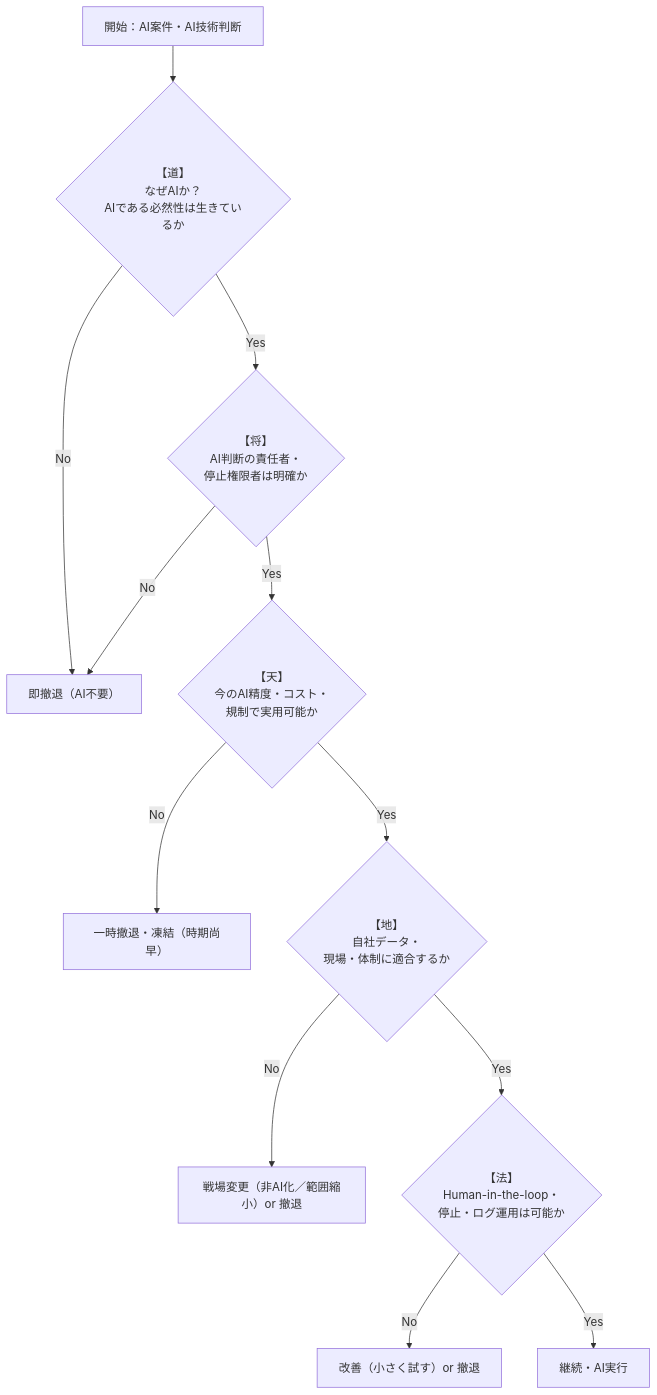
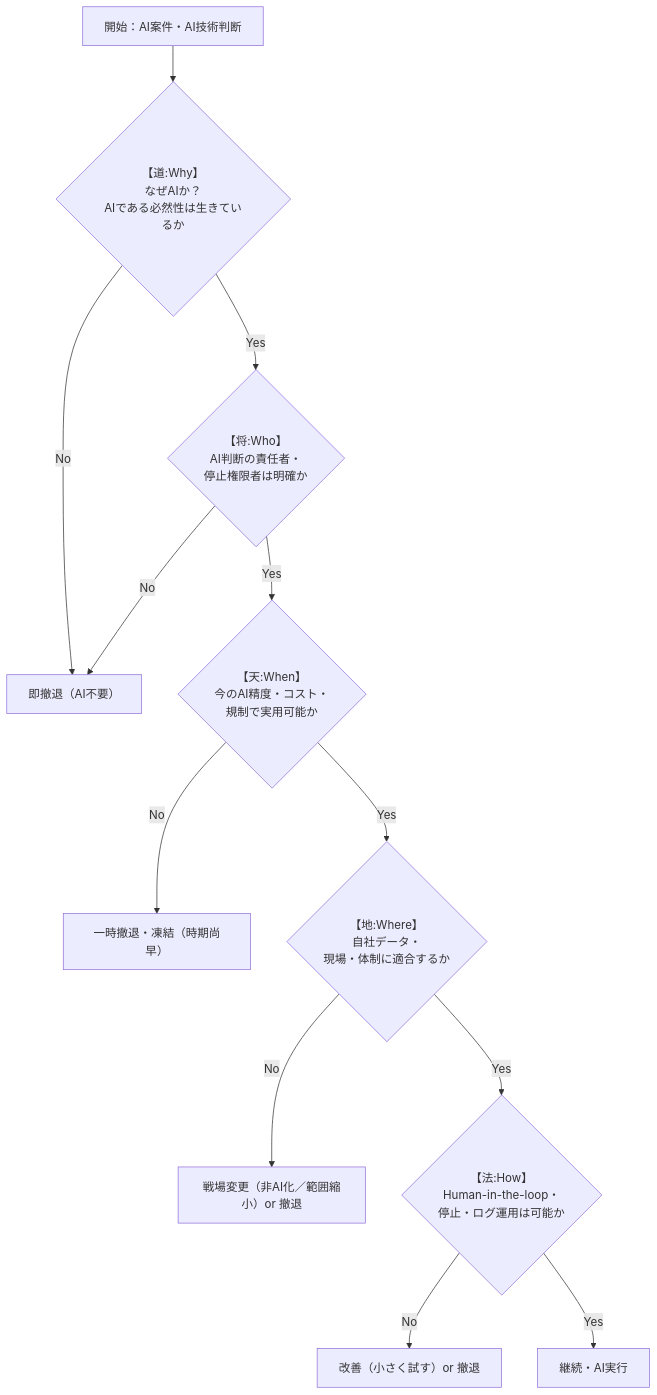
One commit to awk256/artofwar-by-sontzu changed the diagram in 030.孫子の五事を使い切るAI実装・運用・事故対応ガイド/030-010.【判断】五事で解くAI導入判定フロー図.md. Above: the diagram before and after it, drawn with Mermaid. The commit also changed other lines of this file and 85 other files, not shown here.

````diff
--- a/030.孫子の五事を使い切るAI実装・運用・事故対応ガイド/030-010.【判断】五事で解くAI導入判定フロー図.md
+++ b/030.孫子の五事を使い切るAI実装・運用・事故対応ガイド/030-010.【判断】五事で解くAI導入判定フロー図.md
@@ -6,19 +7,19 @@
 ```mermaid
 flowchart TD
-    A[開始：AI案件・AI技術判断] --> B{【道】<br/>なぜAIか？<br/>AIである必然性は生きているか}
+    A[開始：AI案件・AI技術判断] --> B{【道:Why】<br/>なぜAIか？<br/>AIである必然性は生きているか}
     B -- No --> X[即撤退（AI不要）]
-    B -- Yes --> C{【将】<br/>AI判断の責任者・<br/>停止権限者は明確か}
+    B -- Yes --> C{【将:Who】<br/>AI判断の責任者・<br/>停止権限者は明確か}
 
     C -- No --> X
-    C -- Yes --> D{【天】<br/>今のAI精度・コスト・<br/>規制で実用可能か}
+    C -- Yes --> D{【天:When】<br/>今のAI精度・コスト・<br/>規制で実用可能か}
 
     D -- No --> Y[一時撤退・凍結（時期尚早）]
-    D -- Yes --> E{【地】<br/>自社データ・<br/>現場・体制に適合するか}
+    D -- Yes --> E{【地:Where】<br/>自社データ・<br/>現場・体制に適合するか}
 
     E -- No --> Z[戦場変更（非AI化／範囲縮小）or 撤退]
-    E -- Yes --> F{【法】<br/>Human-in-the-loop・<br/>停止・ログ運用は可能か}
+    E -- Yes --> F{【法:How】<br/>Human-in-the-loop・<br/>停止・ログ運用は可能か}
 
     F -- No --> W[改善（小さく試す）or 撤退]
     F -- Yes --> G[継続・AI実行]
 
 ```
````
